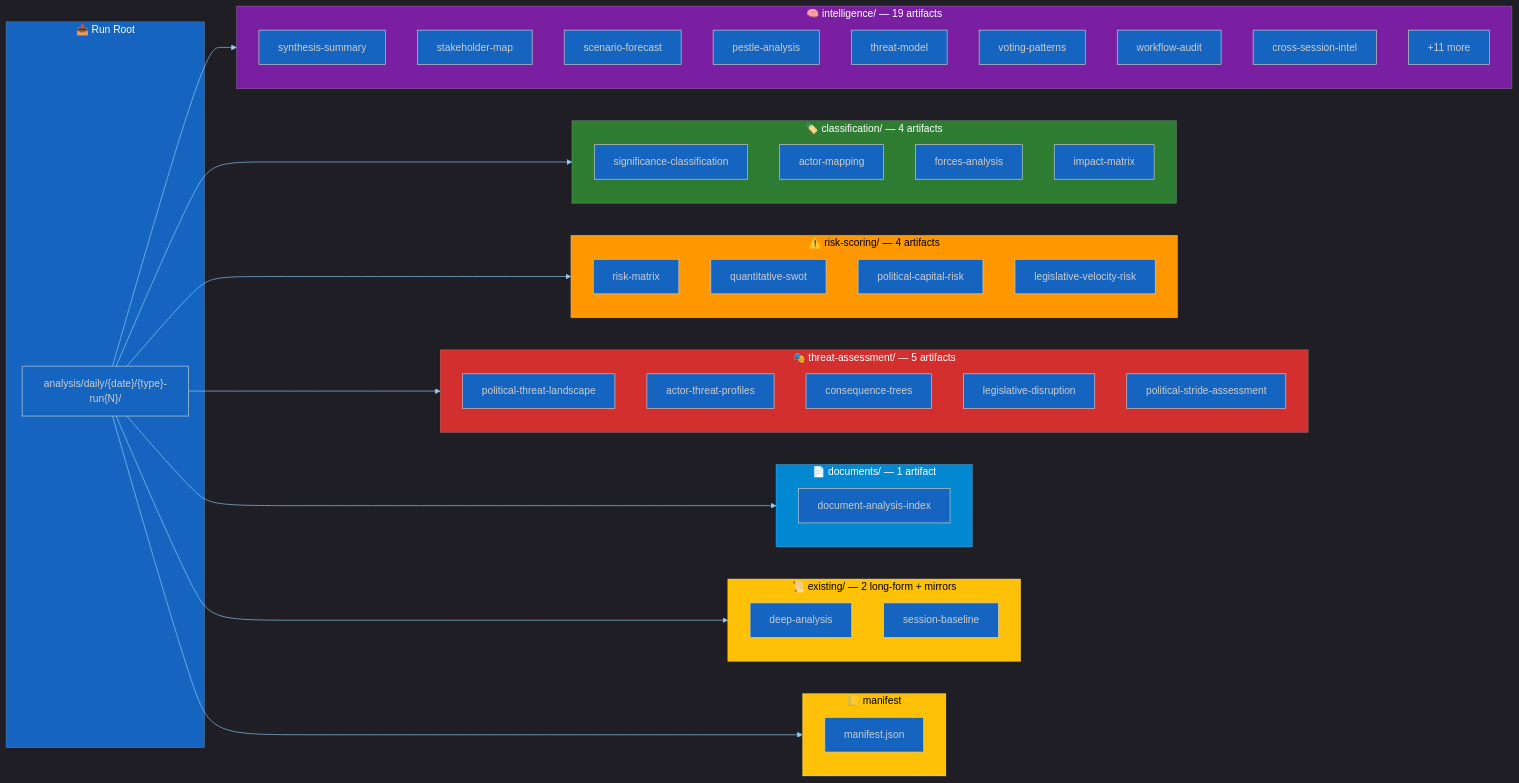
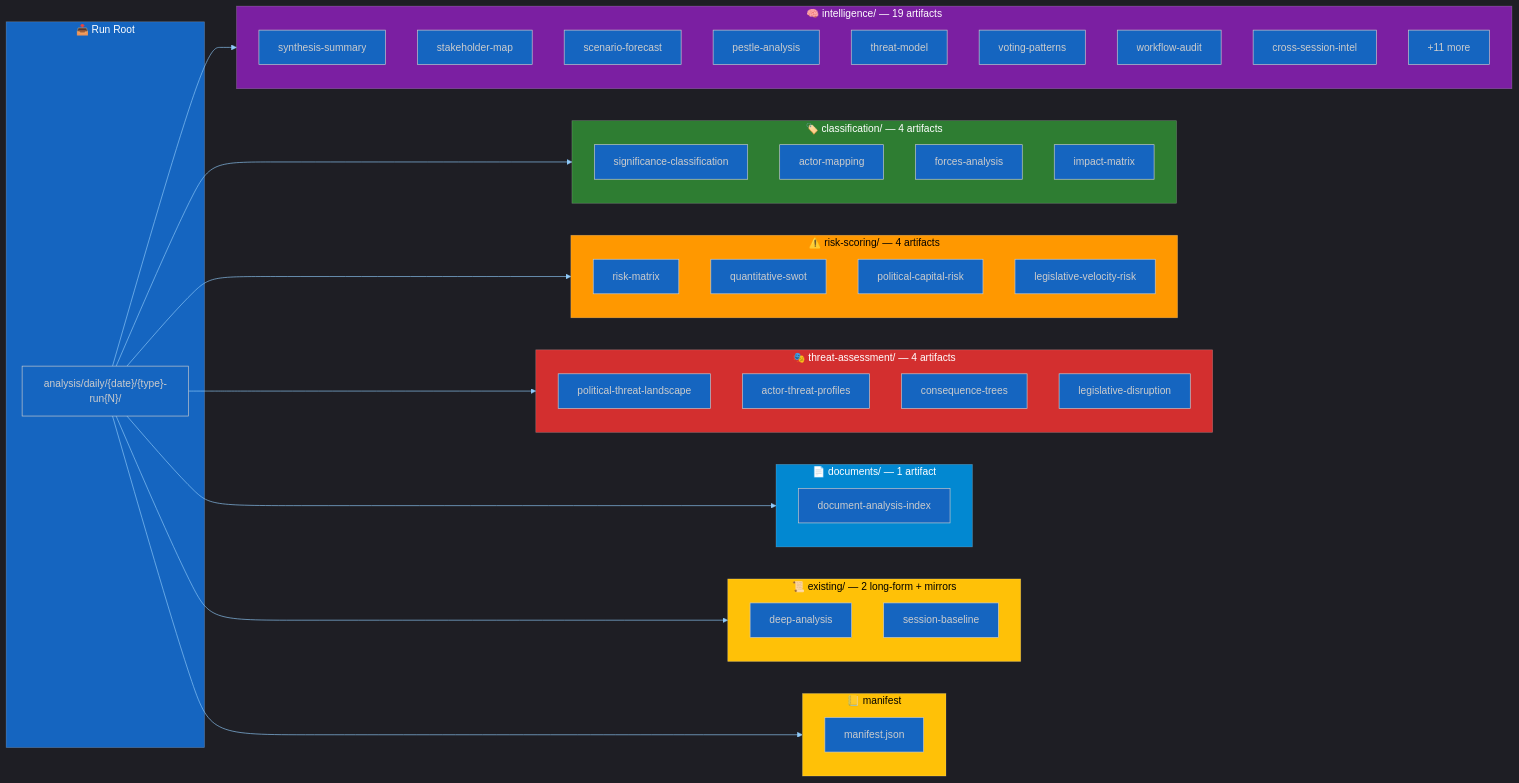
The diagram in docs/api/media/artifact-catalog.md (Hack23/euparliamentmonitor), drawn with Mermaid before and after one commit. The commit also changed other lines of this file and 1416 other files, not shown here.

````diff
--- a/docs/api/media/artifact-catalog.md
+++ b/docs/api/media/artifact-catalog.md
@@ -44,64 +44,63 @@
 ```mermaid
 %%{init: {"theme":"dark","themeVariables":{"primaryColor":"#1565C0","primaryTextColor":"#ffffff","primaryBorderColor":"#0A3F7F","lineColor":"#90CAF9","secondaryColor":"#2E7D32","secondaryTextColor":"#ffffff","tertiaryColor":"#FF9800","tertiaryTextColor":"#000000","mainBkg":"#1565C0","secondBkg":"#2E7D32","tertiaryBkg":"#FF9800","noteBkgColor":"#FFC107","noteTextColor":"#000000","errorBkgColor":"#D32F2F","fontFamily":"Inter, Helvetica, Arial, sans-serif"}}}%%
 flowchart LR
     subgraph INPUT["📥 Run Root"]
         R["analysis/daily/{date}/{type}-run{N}/"]
     end
     subgraph INTEL["🧠 intelligence/ — 19 artifacts"]
         I1["synthesis-summary"]
         I2["stakeholder-map"]
         I3["scenario-forecast"]
         I4["pestle-analysis"]
         I5["threat-model"]
         I6["voting-patterns"]
         I7["workflow-audit"]
         I8["cross-session-intel"]
         I9["+11 more"]
     end
     subgraph CLASS["🏷️ classification/ — 4 artifacts"]
         C1["significance-classification"]
         C2["actor-mapping"]
         C3["forces-analysis"]
         C4["impact-matrix"]
     end
     subgraph RISK["⚠️ risk-scoring/ — 4 artifacts"]
         K1["risk-matrix"]
         K2["quantitative-swot"]
         K3["political-capital-risk"]
         K4["legislative-velocity-risk"]
     end
-    subgraph THREAT["🎭 threat-assessment/ — 5 artifacts"]
+    subgraph THREAT["🎭 threat-assessment/ — 4 artifacts"]
         T1["political-threat-landscape"]
         T2["actor-threat-profiles"]
         T3["consequence-trees"]
         T4["legislative-disruption"]
-        T5["political-stride-assessment"]
     end
     subgraph DOCS["📄 documents/ — 1 artifact"]
         D1["document-analysis-index"]
     end
     subgraph LEG["📜 existing/ — 2 long-form + mirrors"]
         L1["deep-analysis"]
         L2["session-baseline"]
     end
     subgraph META["📒 manifest"]
         M1["manifest.json"]
     end
 
     R --> INTEL
     R --> CLASS
     R --> RISK
     R --> THREAT
     R --> DOCS
     R --> LEG
     R --> META
 
     style INPUT fill:#1565C0,color:#ffffff
     style INTEL fill:#7B1FA2,color:#ffffff
     style CLASS fill:#2E7D32,color:#ffffff
     style RISK fill:#FF9800,color:#000000
     style THREAT fill:#D32F2F,color:#ffffff
     style LEG fill:#FFC107,color:#000000
     style DOCS fill:#0288D1,color:#ffffff
     style META fill:#FFC107,color:#000000
 ```
````
